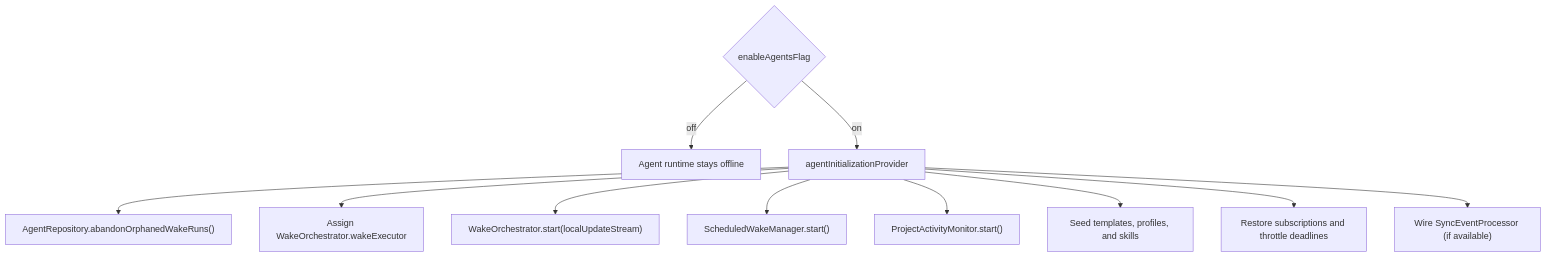
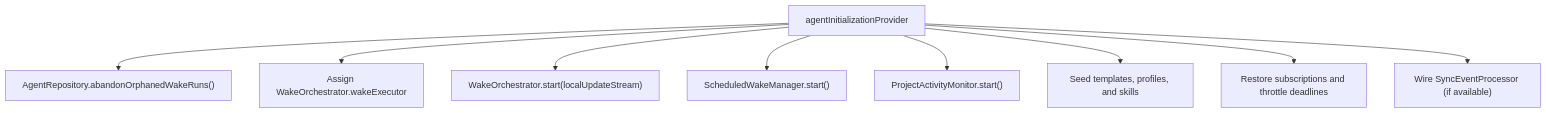
One commit to matthiasn/lotti changed the second of 15 diagrams in lib/features/agents/README.md. Above: the diagram before and after it, drawn with Mermaid. The commit also changed other lines of this file and 44 other files, not shown here.

````diff
--- a/lib/features/agents/README.md
+++ b/lib/features/agents/README.md
@@ -73,14 +69,13 @@
 ```mermaid
 flowchart TD
-  Flag{"enableAgentsFlag"} -->|off| Off["Agent runtime stays offline"]
-  Flag -->|on| Init["agentInitializationProvider"]
+  Init["agentInitializationProvider"]
 
   Init --> Abandon["AgentRepository.abandonOrphanedWakeRuns()"]
   Init --> Wire["Assign WakeOrchestrator.wakeExecutor"]
   Init --> Start["WakeOrchestrator.start(localUpdateStream)"]
   Init --> Sched["ScheduledWakeManager.start()"]
   Init --> Activity["ProjectActivityMonitor.start()"]
   Init --> Seed["Seed templates, profiles, and skills"]
   Init --> Restore["Restore subscriptions and throttle deadlines"]
   Init --> Sync["Wire SyncEventProcessor (if available)"]
 ```
````
